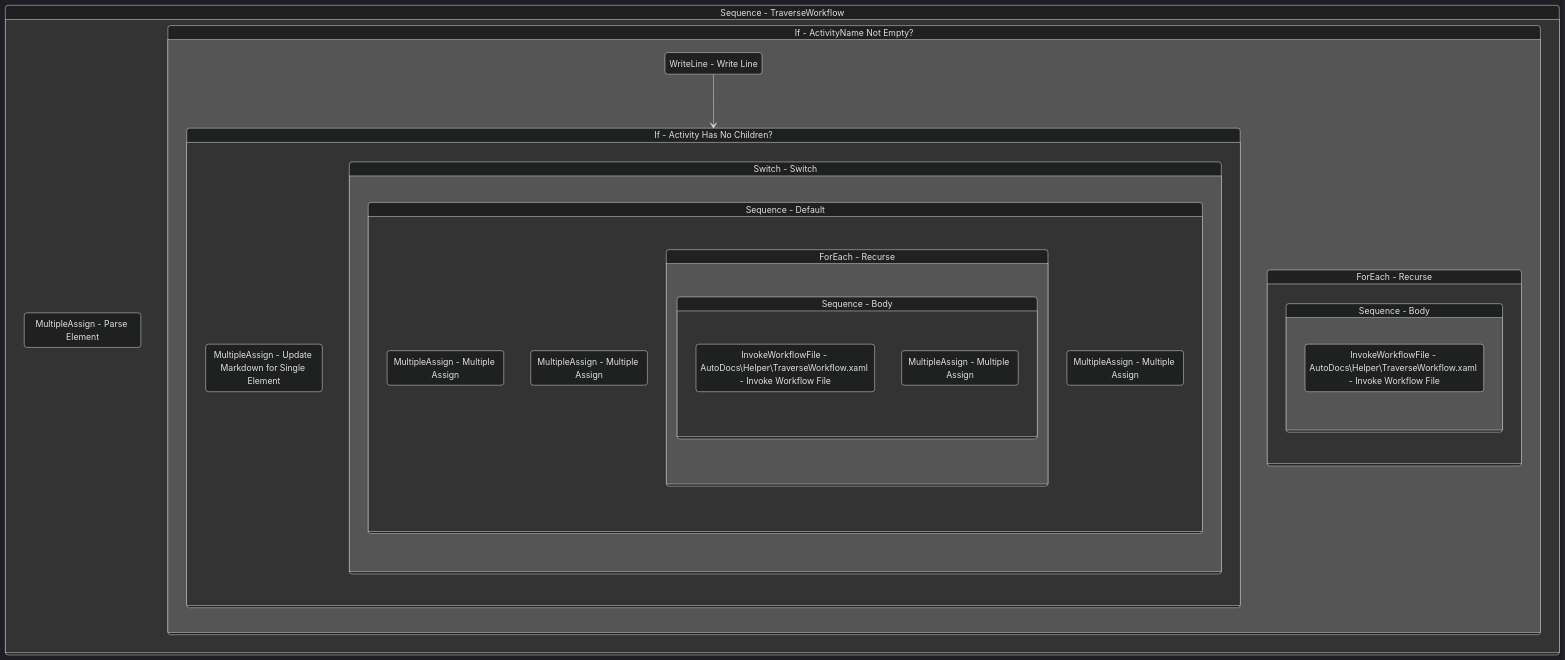
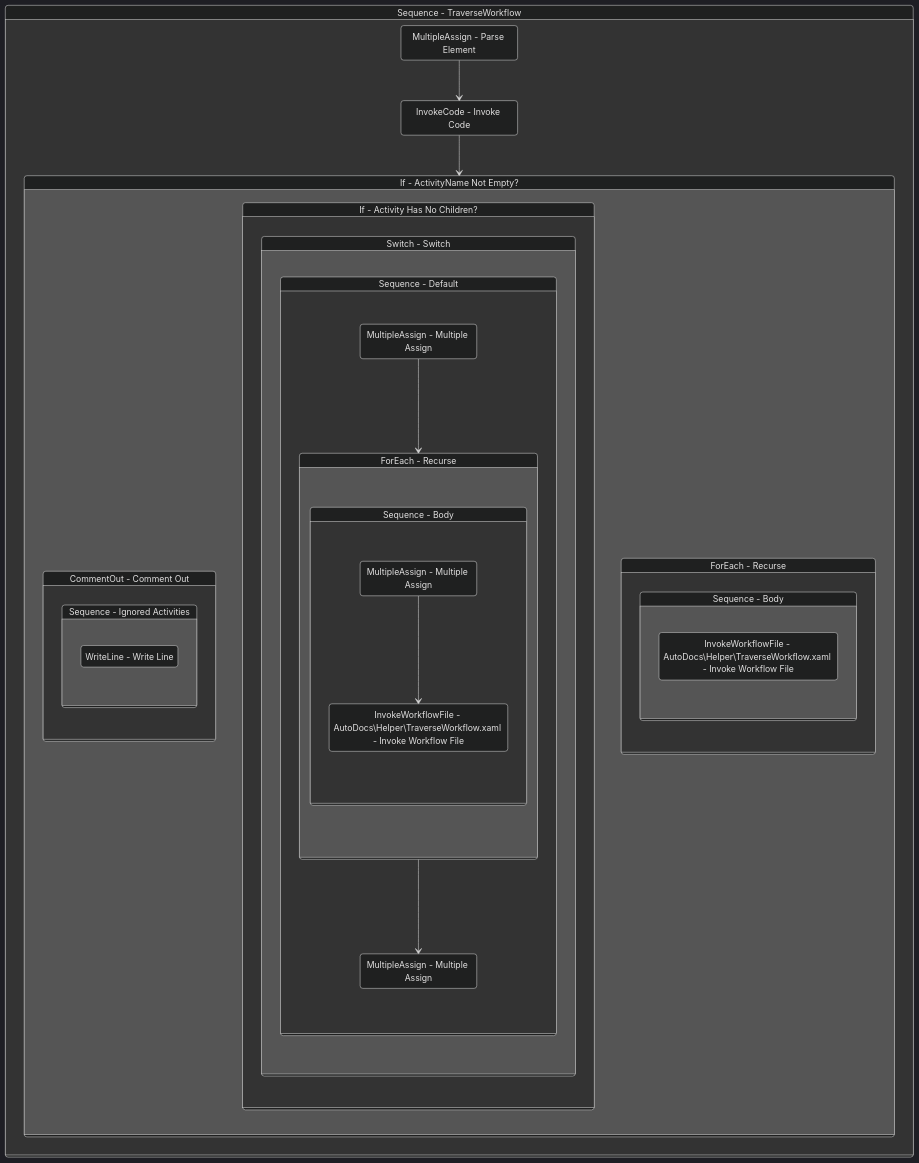
Before and after one commit to yashbrahmbhatt/LazyFramework: the diagram in Documentation/AutoDocs/TraverseWorkflow.md, drawn with Mermaid (dark theme). The commit also changed 78 other files, not shown here.

Commit message:
added handling of ifs in autodocs mermaid

````diff
--- a/Documentation/AutoDocs/TraverseWorkflow.md
+++ b/Documentation/AutoDocs/TraverseWorkflow.md
@@ -151,58 +151,70 @@
 ```mermaid
 stateDiagram-v2
 
 
 Sequence_1: Sequence - TraverseWorkflow
 state Sequence_1 {
 direction TB
 MultipleAssign_1 : MultipleAssign - Parse Element
-
+InvokeCode_1 : InvokeCode - Invoke Code
+MultipleAssign_1 --> InvokeCode_1
+InvokeCode_1 --> If_1
 If_1: If - ActivityName Not Empty?
 state If_1 {
 direction TB
+
+CommentOut_1: CommentOut - Comment Out
+state CommentOut_1 {
+direction TB
+
+Sequence_12: Sequence - Ignored Activities
+state Sequence_12 {
+direction TB
 WriteLine_2 : WriteLine - Write Line
-WriteLine_2 --> If_2
+}
+}
+
 If_2: If - Activity Has No Children?
 state If_2 {
 direction TB
-MultipleAssign_2 : MultipleAssign - Update Markdown for Single Element
 
 Switch1_1: Switch - Switch
 state Switch1_1 {
 direction TB
 
-Sequence_6: Sequence - Default
-state Sequence_6 {
+Sequence_10: Sequence - Default
+state Sequence_10 {
 direction TB
-MultipleAssign_4 : MultipleAssign - Multiple Assign
-MultipleAssign_6 : MultipleAssign - Multiple Assign
-
-ForEach1_3: ForEach - Recurse
-state ForEach1_3 {
+MultipleAssign_8 : MultipleAssign - Multiple Assign
+MultipleAssign_8 --> ForEach1_4
+ForEach1_4: ForEach - Recurse
+state ForEach1_4 {
 direction TB
 
-Sequence_7: Sequence - Body
-state Sequence_7 {
+Sequence_11: Sequence - Body
+state Sequence_11 {
 direction TB
-InvokeWorkflowFile_2 : InvokeWorkflowFile - AutoDocs\\Helper\\TraverseWorkflow.xaml - Invoke Workflow File
-MultipleAssign_7 : MultipleAssign - Multiple Assign
+MultipleAssign_9 : MultipleAssign - Multiple Assign
+InvokeWorkflowFile_3 : InvokeWorkflowFile - AutoDocs\\Helper\\TraverseWorkflow.xaml - Invoke Workflow File
+MultipleAssign_9 --> InvokeWorkflowFile_3
 }
 }
-MultipleAssign_5 : MultipleAssign - Multiple Assign
+MultipleAssign_10 : MultipleAssign - Multiple Assign
+ForEach1_4 --> MultipleAssign_10
 }
 }
 }
 
 ForEach1_1: ForEach - Recurse
 state ForEach1_1 {
 direction TB
 
 Sequence_2: Sequence - Body
 state Sequence_2 {
 direction TB
 InvokeWorkflowFile_1 : InvokeWorkflowFile - AutoDocs\\Helper\\TraverseWorkflow.xaml - Invoke Workflow File
 }
 }
 }
 }
 ```
````
